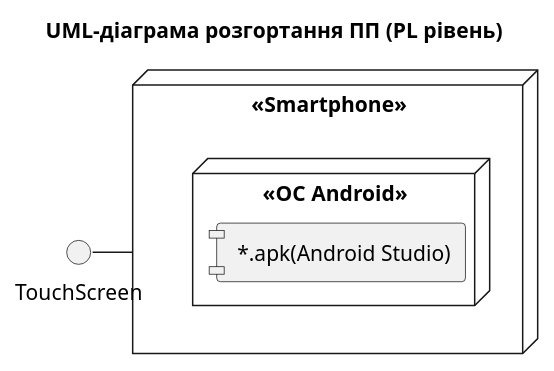
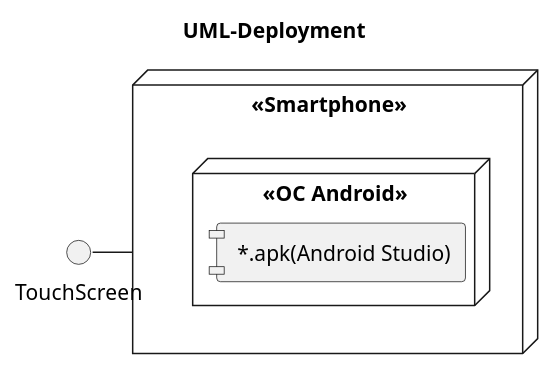
One commit to oleksandrblazhko/ai-215-korchakovskij changed the diagram in 2-SoftwareDesign/2.7-PlantUML/UML-Deployment.puml. Above: the diagram before and after it, drawn with PlantUML.

```diff
--- a/2-SoftwareDesign/2.7-PlantUML/UML-Deployment.puml
+++ b/2-SoftwareDesign/2.7-PlantUML/UML-Deployment.puml
@@ -1,17 +1,17 @@
 @startuml
 
-title UML-діаграма розгортання ПП (PL рівень)
+title UML-Deployment
 
 skinparam componentStyle uml1
 
 node "<<Smartphone>>" as smartphone {
 node "<<OC Android>>" {
 component [ *.apk(Android Studio)]
 }
 }
 
 interface TouchScreen
 
 TouchScreen - smartphone
 
 @enduml
```
